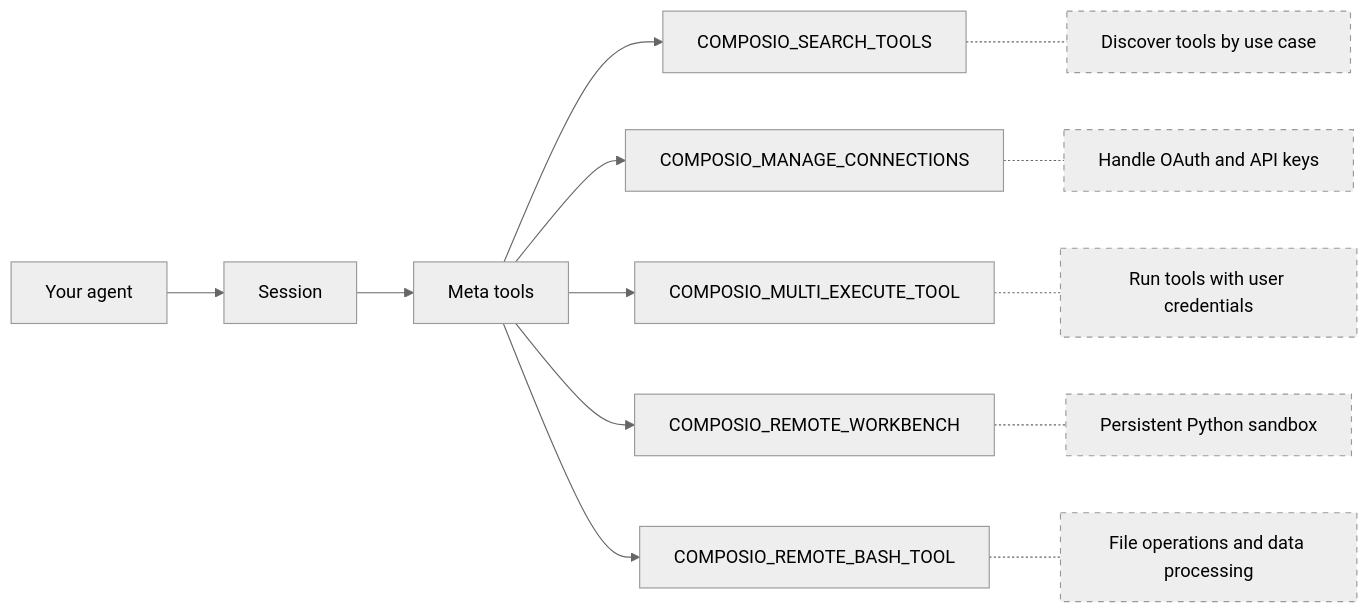
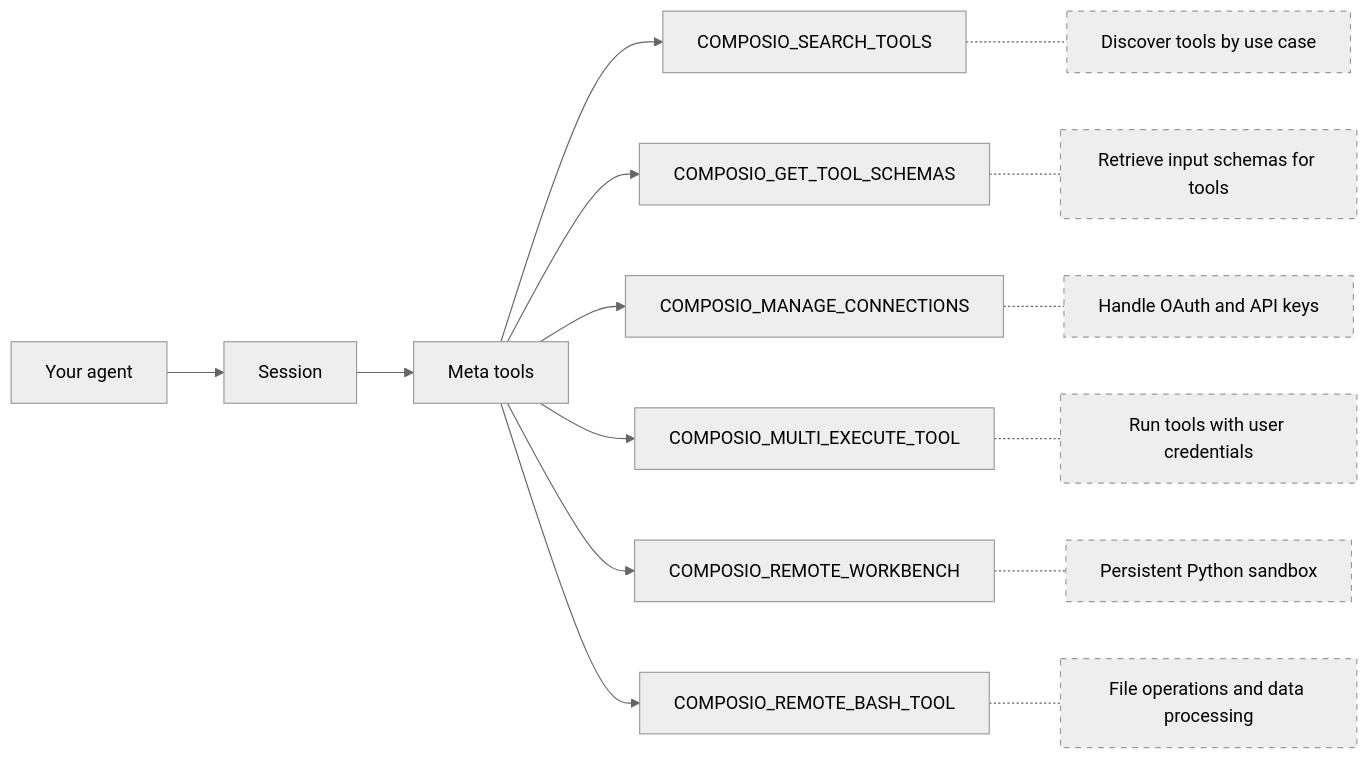
Before and after one commit to azaj01/composio: the diagram in docs/content/docs/how-composio-works.mdx, drawn with Mermaid (neutral theme). The commit also changed other lines of this file and 23 other files, not shown here.

````diff
--- a/docs/content/docs/how-composio-works.mdx
+++ b/docs/content/docs/how-composio-works.mdx
@@ -49,18 +49,20 @@
 ```mermaid
 graph LR
     A["Your agent"] --> B["Session"]
     B --> C["Meta tools"]
     C --> D["COMPOSIO_SEARCH_TOOLS"]
-    C --> E["COMPOSIO_MANAGE_CONNECTIONS"]
-    C --> F["COMPOSIO_MULTI_EXECUTE_TOOL"]
-    C --> G["COMPOSIO_REMOTE_WORKBENCH"]
-    C --> H["COMPOSIO_REMOTE_BASH_TOOL"]
+    C --> E["COMPOSIO_GET_TOOL_SCHEMAS"]
+    C --> F["COMPOSIO_MANAGE_CONNECTIONS"]
+    C --> G["COMPOSIO_MULTI_EXECUTE_TOOL"]
+    C --> H["COMPOSIO_REMOTE_WORKBENCH"]
+    C --> I["COMPOSIO_REMOTE_BASH_TOOL"]
 
     D -.- D1["Discover tools by use case"]:::annotation
-    E -.- E1["Handle OAuth and API keys"]:::annotation
-    F -.- F1["Run tools with user credentials"]:::annotation
-    G -.- G1["Persistent Python sandbox"]:::annotation
-    H -.- H1["File operations and data processing"]:::annotation
+    E -.- E1["Retrieve input schemas for tools"]:::annotation
+    F -.- F1["Handle OAuth and API keys"]:::annotation
+    G -.- G1["Run tools with user credentials"]:::annotation
+    H -.- H1["Persistent Python sandbox"]:::annotation
+    I -.- I1["File operations and data processing"]:::annotation
 
     classDef annotation stroke-dasharray: 5 5
 ```
````
